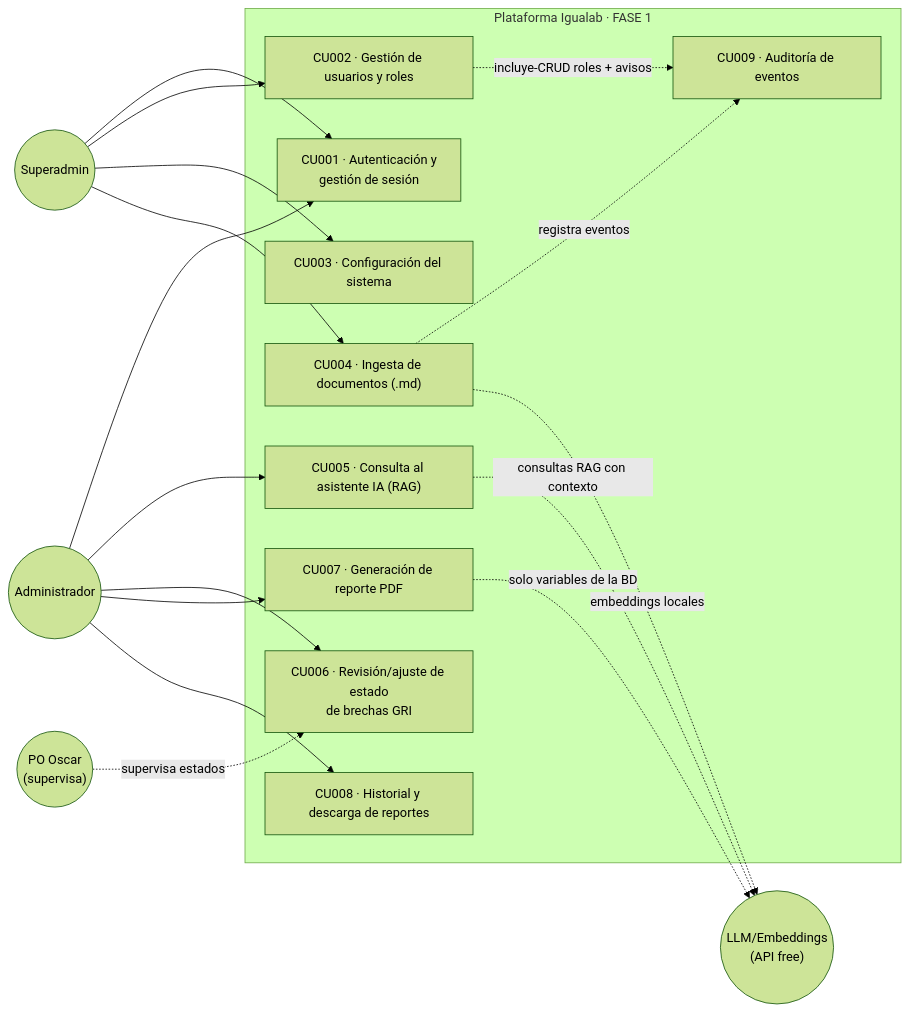
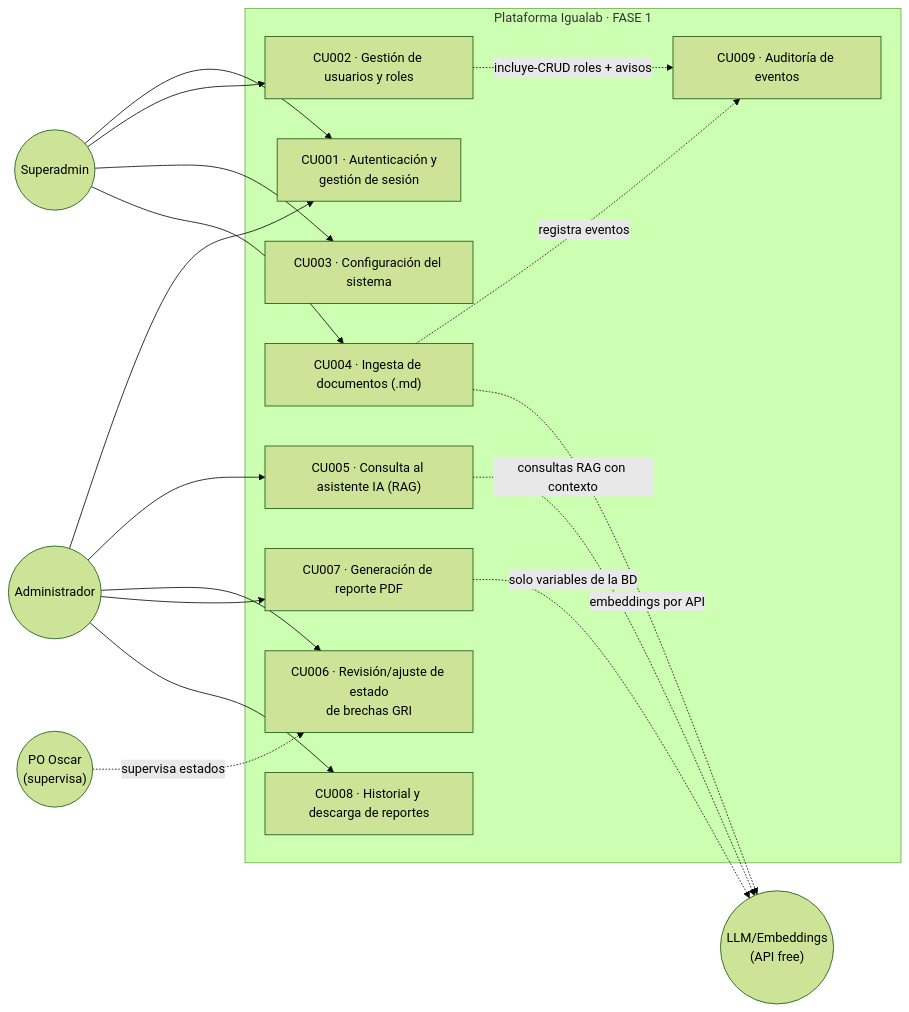
Before and after one commit to lFunkwnon01/igualab_md: the first of 10 diagrams in FASE 1/01-Analisis-y-Diseno/07-Casos-de-Uso-Diagrama.md, drawn with Mermaid (forest theme). The commit also changed other lines of this file and 17 other files, not shown here.

````diff
--- a/FASE 1/01-Analisis-y-Diseno/07-Casos-de-Uso-Diagrama.md
+++ b/FASE 1/01-Analisis-y-Diseno/07-Casos-de-Uso-Diagrama.md
@@ -14,28 +14,28 @@
 ```mermaid
 flowchart LR
   SU(("Superadmin"))
   AD(("Administrador"))
   LLM(("LLM/Embeddings<br/>(API free)"))
   PO(("PO Oscar<br/>(supervisa)"))
 
   subgraph Sistema["Plataforma Igualab · FASE 1"]
     CU001["CU001 · Autenticación y<br/>gestión de sesión"]
     CU002["CU002 · Gestión de usuarios y roles"]
     CU003["CU003 · Configuración del sistema"]
     CU004["CU004 · Ingesta de documentos (.md)"]
     CU005["CU005 · Consulta al asistente IA (RAG)"]
     CU006["CU006 · Revisión/ajuste de estado<br/>de brechas GRI"]
     CU007["CU007 · Generación de reporte PDF"]
     CU008["CU008 · Historial y descarga de reportes"]
     CU009["CU009 · Auditoría de eventos"]
   end
 
   SU --> CU001 & CU002 & CU003 & CU004
   AD --> CU001 & CU005 & CU006 & CU007 & CU008
   CU002 -. incluye-CRUD roles + avisos .-> CU009
   CU004 -. registra eventos .-> CU009
   CU005 -. consultas RAG con contexto .-> LLM
-  CU004 -. embeddings locales .-> LLM
+  CU004 -. embeddings por API .-> LLM
   CU007 -. solo variables de la BD .-> LLM
   PO -. supervisa estados .-> CU006
 ```
````
